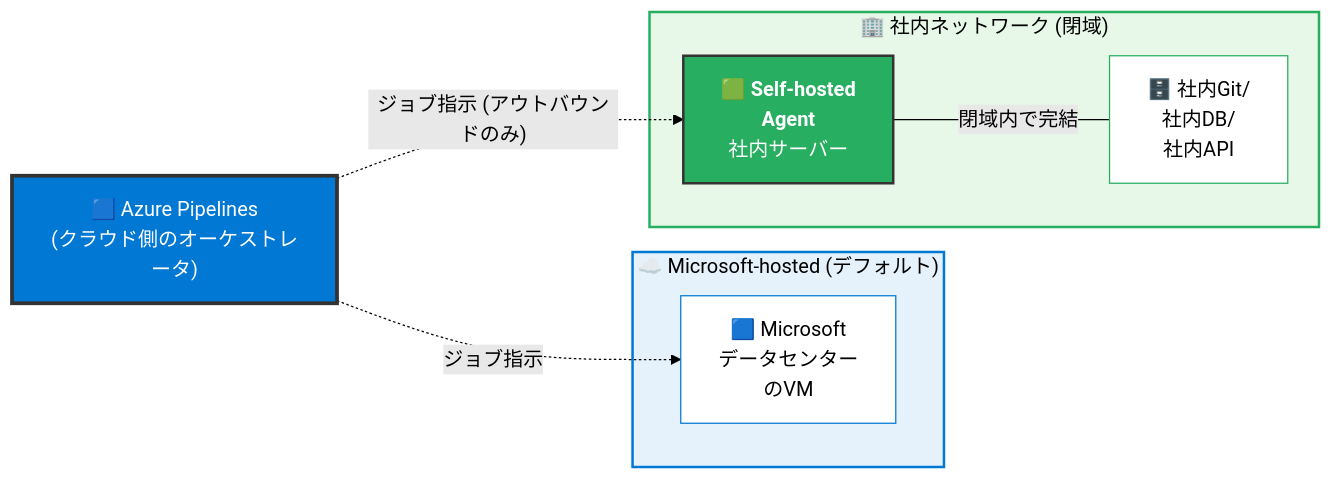
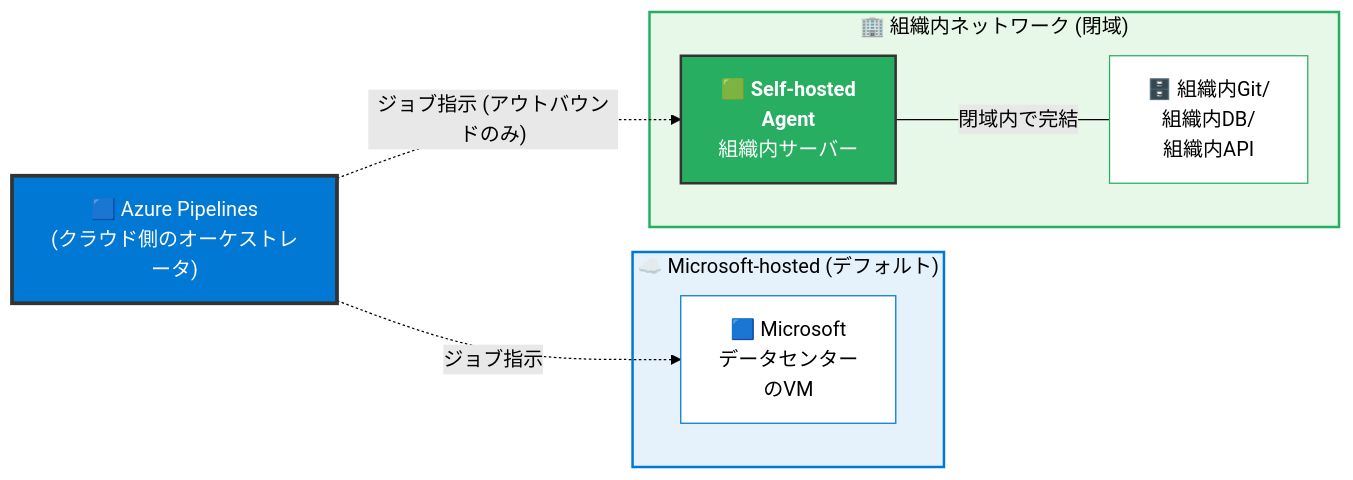
Diagram 22 of 35 in azure/azure.md (kasuyaofcb/tech_docs), drawn with Mermaid (forest theme) before and after one commit. The commit also changed other lines of this file and 1 other file, not shown here.

````diff
--- a/azure/azure.md
+++ b/azure/azure.md
@@ -638,22 +638,22 @@
 ```mermaid
 flowchart LR
     subgraph CLOUD["☁️ Microsoft-hosted (デフォルト)"]
         MH["🟦 Microsoft<br/>データセンター<br/>のVM"]
     end
 
-    subgraph INTRA["🏢 社内ネットワーク (閉域)"]
-        SH["🟩 <b>Self-hosted</b><br/><b>Agent</b><br/>社内サーバー"]
-        SC["🗄️ 社内Git/<br/>社内DB/<br/>社内API"]
+    subgraph INTRA["🏢 組織内ネットワーク (閉域)"]
+        SH["🟩 <b>Self-hosted</b><br/><b>Agent</b><br/>組織内サーバー"]
+        SC["🗄️ 組織内Git/<br/>組織内DB/<br/>組織内API"]
         SH ---|"閉域内で完結"| SC
     end
 
     P["🟦 Azure Pipelines<br/>(クラウド側のオーケストレータ)"] -.->|"ジョブ指示"| MH
     P -.->|"ジョブ指示 (アウトバウンドのみ)"| SH
 
     style CLOUD fill:#E5F1FB,stroke:#0078D4,stroke-width:2px,color:#000
     style INTRA fill:#E8F8E8,stroke:#27AE60,stroke-width:2px,color:#000
     style P fill:#0078D4,color:#FFFFFF,stroke:#333,stroke-width:3px
     style MH fill:#fff,color:#000,stroke:#0078D4
     style SH fill:#27AE60,color:#FFFFFF,stroke:#333,stroke-width:2px
     style SC fill:#fff,color:#000,stroke:#27AE60
 ```
````
